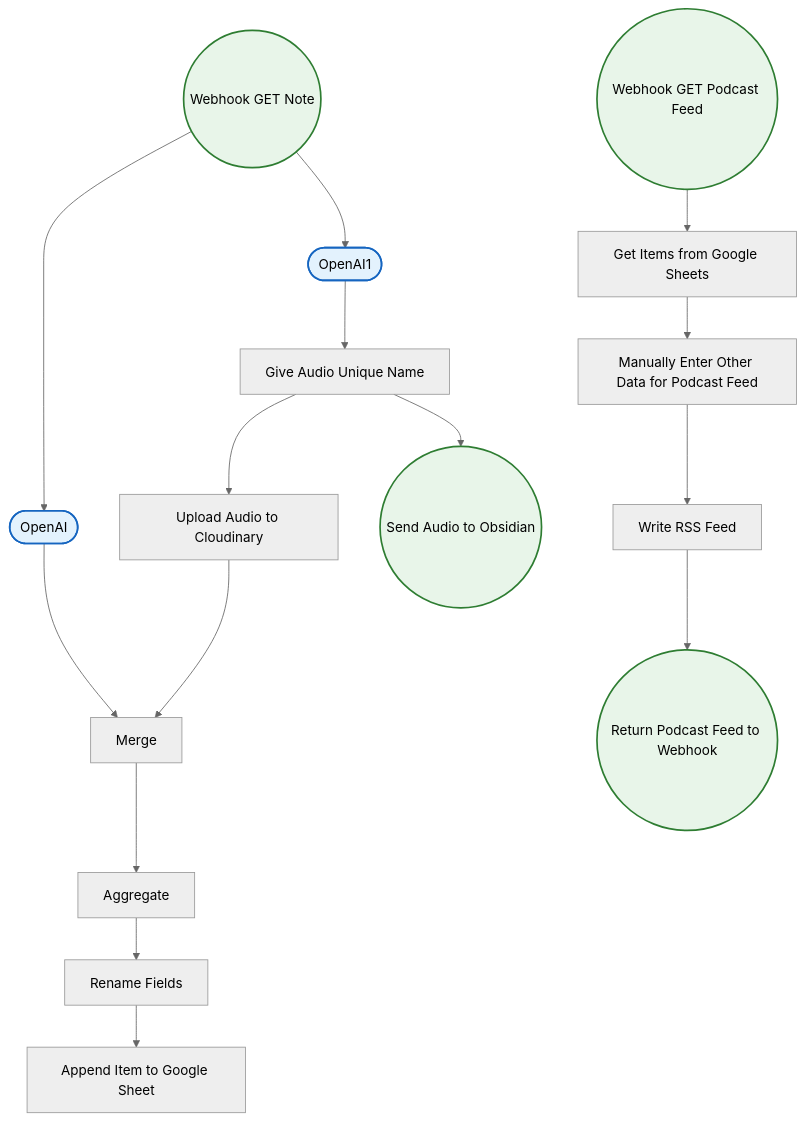
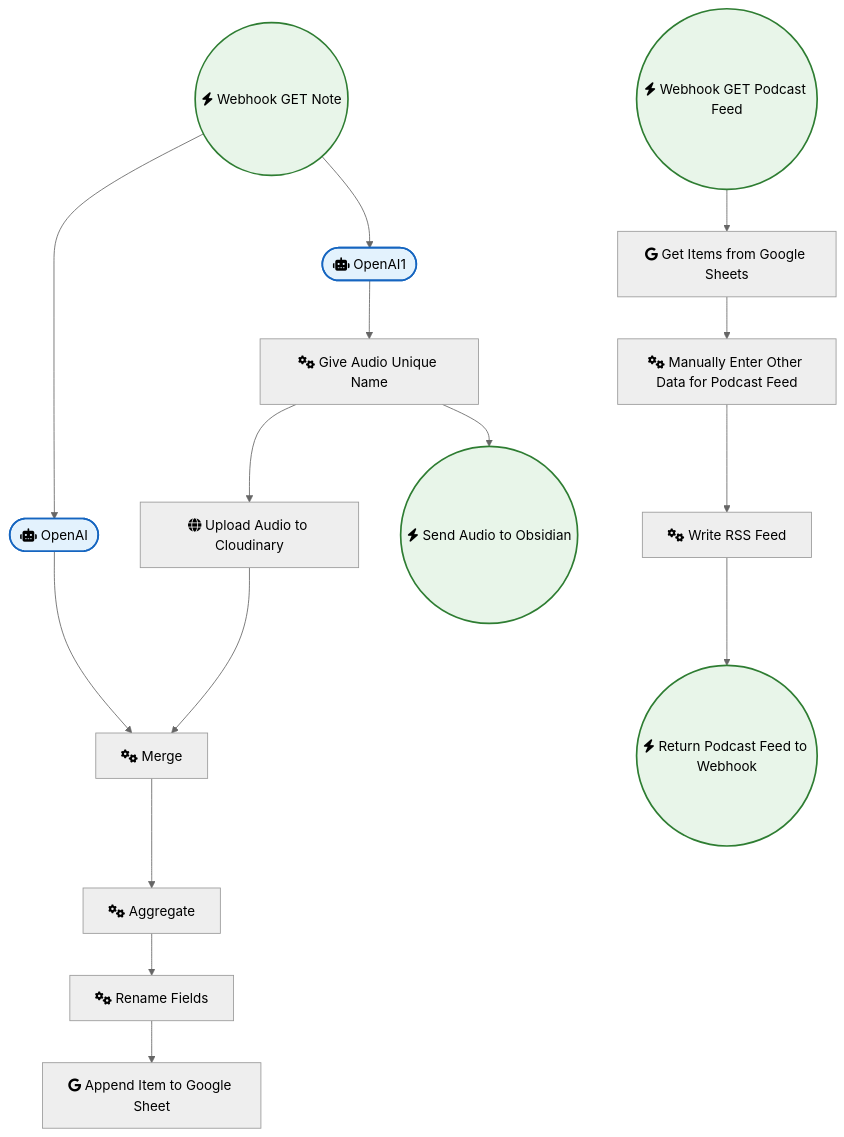
Before and after one commit to sreyash3105/N8N-DEMO-AUTOMATIONS: the diagram in Other_Integrations_and_Use_Cases/Obsidian Notes Read Aloud Available As a Podcast Feed.md, drawn with Mermaid (neutral theme). The commit also changed 291 other files, not shown here.

````diff
--- a/Other_Integrations_and_Use_Cases/Obsidian Notes Read Aloud Available As a Podcast Feed.md
+++ b/Other_Integrations_and_Use_Cases/Obsidian Notes Read Aloud Available As a Podcast Feed.md
@@ -1,37 +1,37 @@
 ```mermaid
 graph TD
     classDef trigger fill:#e8f5e9,stroke:#2e7d32,stroke-width:2px;
     classDef ai fill:#e3f2fd,stroke:#1565c0,stroke-width:2px;
     classDef logic fill:#fff3e0,stroke:#ef6c00,stroke-width:2px;
 
-    OpenAI1(["OpenAI1"]):::ai
-    Webhook_GET_Note(("Webhook GET Note")):::trigger
-    Webhook_GET_Podcast_Feed(("Webhook GET Podcast Feed")):::trigger
-    Upload_Audio_to_Cloudinary["Upload Audio to Cloudinary"]
-    OpenAI(["OpenAI"]):::ai
-    Merge["Merge"]
-    Aggregate["Aggregate"]
-    Give_Audio_Unique_Name["Give Audio Unique Name"]
-    Send_Audio_to_Obsidian(("Send Audio to Obsidian")):::trigger
-    Rename_Fields["Rename Fields"]
-    Append_Item_to_Google_Sheet["Append Item to Google Sheet"]
-    Get_Items_from_Google_Sheets["Get Items from Google Sheets"]
-    Write_RSS_Feed["Write RSS Feed"]
-    Return_Podcast_Feed_to_Webhook(("Return Podcast Feed to Webhook")):::trigger
-    Manually_Enter_Other_Data_for_Podcast_Feed["Manually Enter Other Data for Podcast Feed"]
+    OpenAI1(["fas:fa-robot OpenAI1"]):::ai
+    Webhook_GET_Note(("fas:fa-bolt Webhook GET Note")):::trigger
+    Webhook_GET_Podcast_Feed(("fas:fa-bolt Webhook GET Podcast Feed")):::trigger
+    Upload_Audio_to_Cloudinary["fas:fa-globe Upload Audio to Cloudinary"]
+    OpenAI(["fas:fa-robot OpenAI"]):::ai
+    Merge["fas:fa-cogs Merge"]
+    Aggregate["fas:fa-cogs Aggregate"]
+    Give_Audio_Unique_Name["fas:fa-cogs Give Audio Unique Name"]
+    Send_Audio_to_Obsidian(("fas:fa-bolt Send Audio to Obsidian")):::trigger
+    Rename_Fields["fas:fa-cogs Rename Fields"]
+    Append_Item_to_Google_Sheet["fab:fa-google Append Item to Google Sheet"]
+    Get_Items_from_Google_Sheets["fab:fa-google Get Items from Google Sheets"]
+    Write_RSS_Feed["fas:fa-cogs Write RSS Feed"]
+    Return_Podcast_Feed_to_Webhook(("fas:fa-bolt Return Podcast Feed to Webhook")):::trigger
+    Manually_Enter_Other_Data_for_Podcast_Feed["fas:fa-cogs Manually Enter Other Data for Podcast Feed"]
 
     Merge --> Aggregate
     OpenAI --> Merge
     OpenAI1 --> Give_Audio_Unique_Name
     Aggregate --> Rename_Fields
     Rename_Fields --> Append_Item_to_Google_Sheet
     Write_RSS_Feed --> Return_Podcast_Feed_to_Webhook
     Webhook_GET_Note --> OpenAI1
     Webhook_GET_Note --> OpenAI
     Give_Audio_Unique_Name --> Upload_Audio_to_Cloudinary
     Give_Audio_Unique_Name --> Send_Audio_to_Obsidian
     Webhook_GET_Podcast_Feed --> Get_Items_from_Google_Sheets
     Upload_Audio_to_Cloudinary --> Merge
     Get_Items_from_Google_Sheets --> Manually_Enter_Other_Data_for_Podcast_Feed
     Manually_Enter_Other_Data_for_Podcast_Feed --> Write_RSS_Feed
 ```
````
